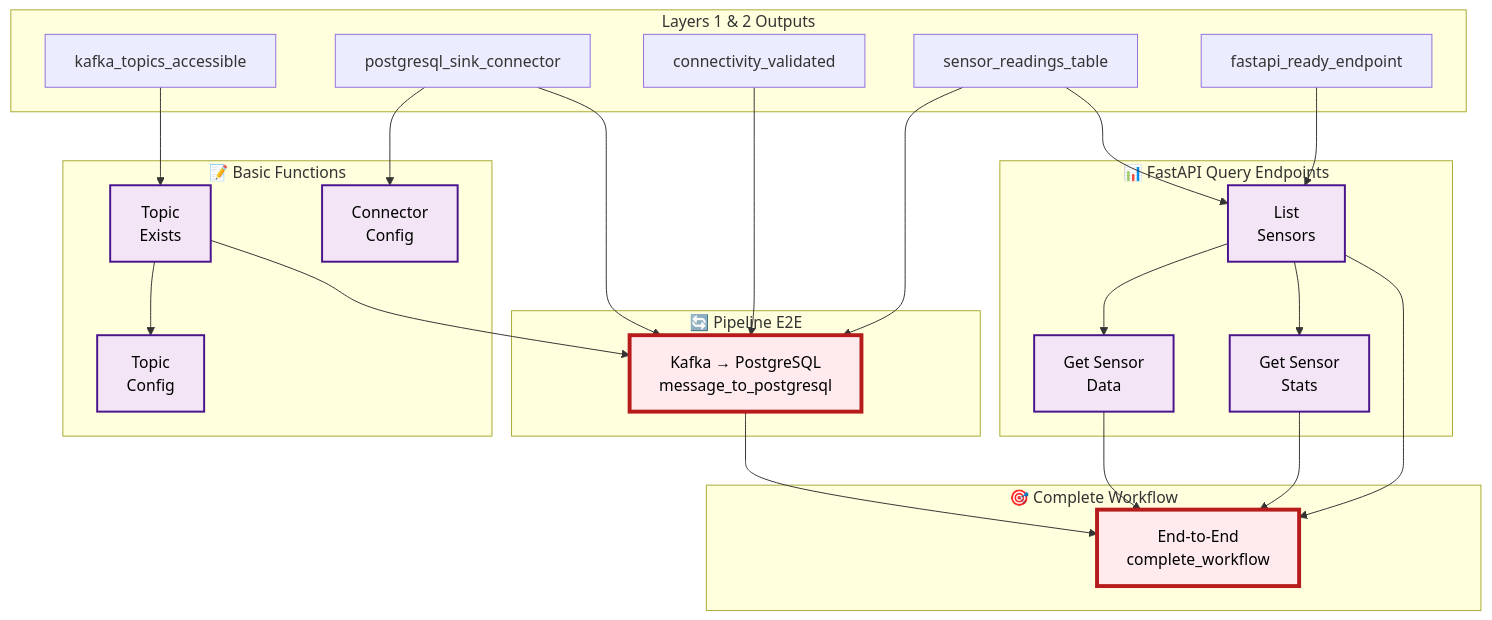
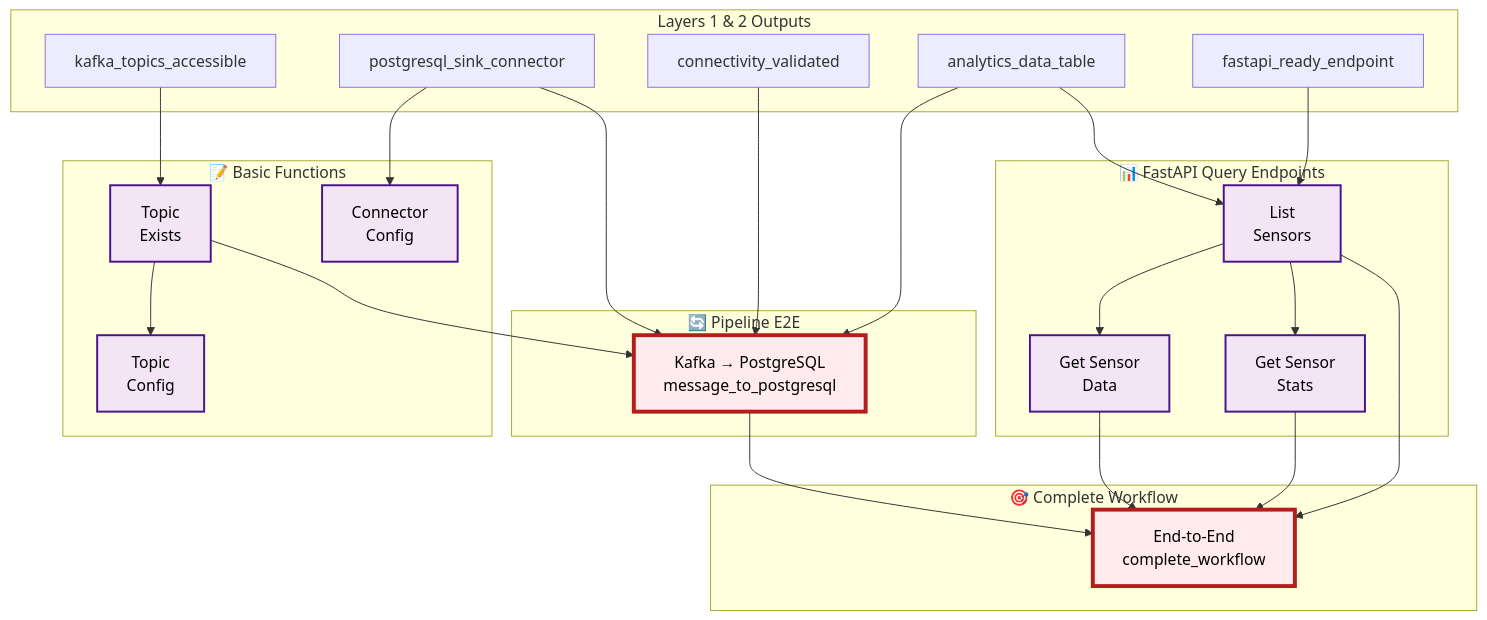
Before and after one commit to Kokoloris19097/DLMDWWDE02: the third of 4 diagrams in tests/dependency_graph.md, drawn with Mermaid. The commit also changed 9 other files, not shown here.

Commit message:
Aktualisiere Datenbankabfragen und Tests zur Verwendung der analytics_data Tabelle, vergeben von sChreibrechten an den APP_USER

````diff
--- a/tests/dependency_graph.md
+++ b/tests/dependency_graph.md
@@ -90,41 +90,41 @@
 ```mermaid
 graph TB
     subgraph LAYER12["Layers 1 & 2 Outputs"]
         L1["kafka_topics_accessible"]
         L2["postgresql_sink_connector"]
         L3["connectivity_validated"]
-        L4["sensor_readings_table"]
+        L4["analytics_data_table"]
         L5["fastapi_ready_endpoint"]
     end
 
     subgraph BASIC["📝 Basic Functions"]
         F1["Topic<br/>Exists"]
         F2["Topic<br/>Config"]
         F3["Connector<br/>Config"]
         L1 --> F1 --> F2
         L2 --> F3
     end
 
     subgraph PIPELINE["🔄 Pipeline E2E"]
         P1["Kafka → PostgreSQL<br/>message_to_postgresql"]
         F1 & L2 & L3 & L4 --> P1
     end
 
     subgraph QUERYAPI["📊 FastAPI Query Endpoints"]
         Q1["List<br/>Sensors"]
         Q2["Get Sensor<br/>Data"]
         Q3["Get Sensor<br/>Stats"]
         L5 & L4 --> Q1
         Q1 --> Q2 & Q3
     end
 
     subgraph E2E["🎯 Complete Workflow"]
         E1["End-to-End<br/>complete_workflow"]
         P1 & Q1 & Q2 & Q3 --> E1
     end
 
     classDef functional fill:#f3e5f5,stroke:#4a148c,stroke-width:2px,color:#000
     classDef critical fill:#ffebee,stroke:#b71c1c,stroke-width:4px,color:#000
     class F1,F2,F3,Q1,Q2,Q3 functional
     class P1,E1 critical
 ```
````
